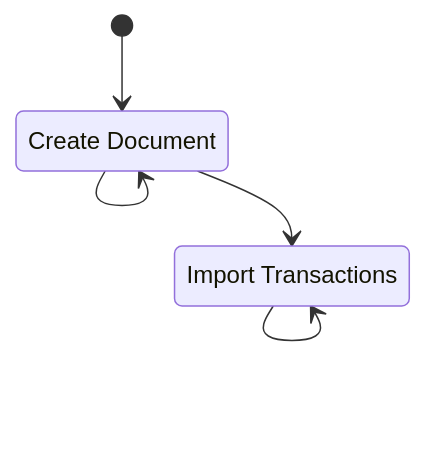
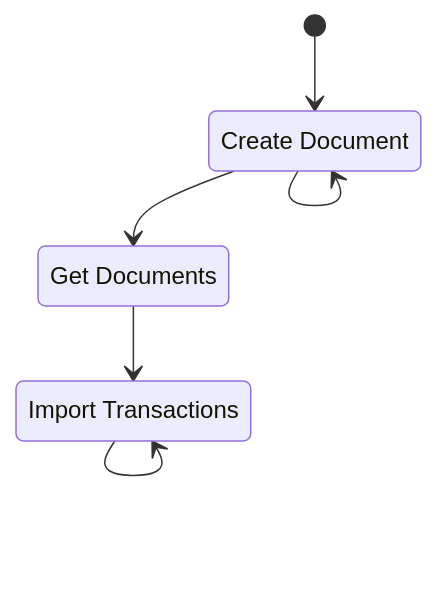
The second of 3 diagrams in new-service/REST/README.md (josueelias9/improving-BCP-organizate), drawn with Mermaid before and after one commit. The commit also changed other lines of this file and 4 other files, not shown here.

````diff
--- a/new-service/REST/README.md
+++ b/new-service/REST/README.md
@@ -24,12 +26,14 @@
 ```mermaid
 
 stateDiagram
 s0 : Create Document
 s4 : Import Transactions
+s1 : Get Documents
 
         [*] --> s0
         s0 --> s0
-        s0 --> s4
+        s0 --> s1
+        s1 --> s4
         s4 --> s4
 
 ```
````
